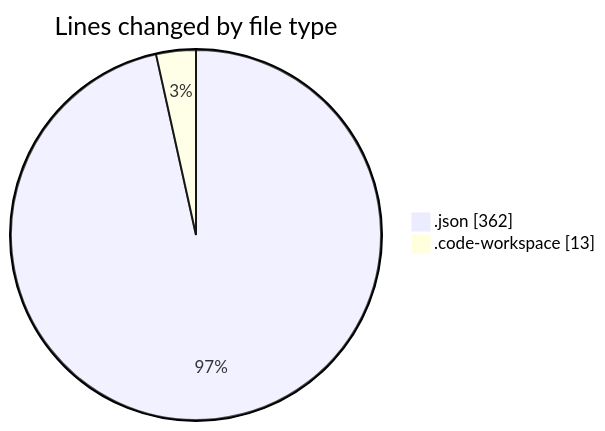
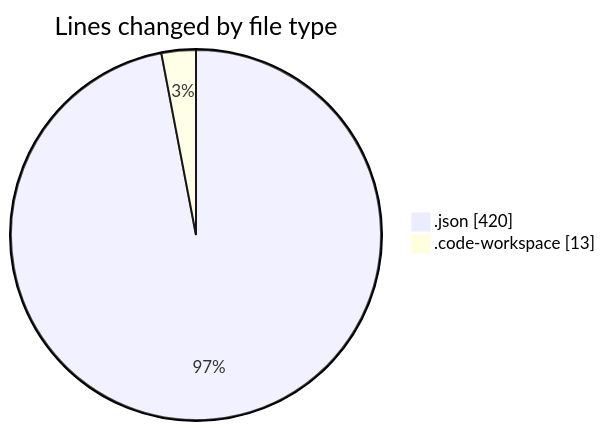
Before and after one commit to jadenblack/code-tracking: the first of 2 diagrams in 2026-02-25/_monorepo-template__workspace_/README.md, drawn with Mermaid. The commit also changed other lines of this file and 1 other file, not shown here.

````diff
--- a/2026-02-25/_monorepo-template__workspace_/README.md
+++ b/2026-02-25/_monorepo-template__workspace_/README.md
@@ -23,6 +23,6 @@
 ```mermaid
 pie showData
 title Lines changed by file type
-".json" : 362
+".json" : 420
 ".code-workspace" : 13
 ```
````
